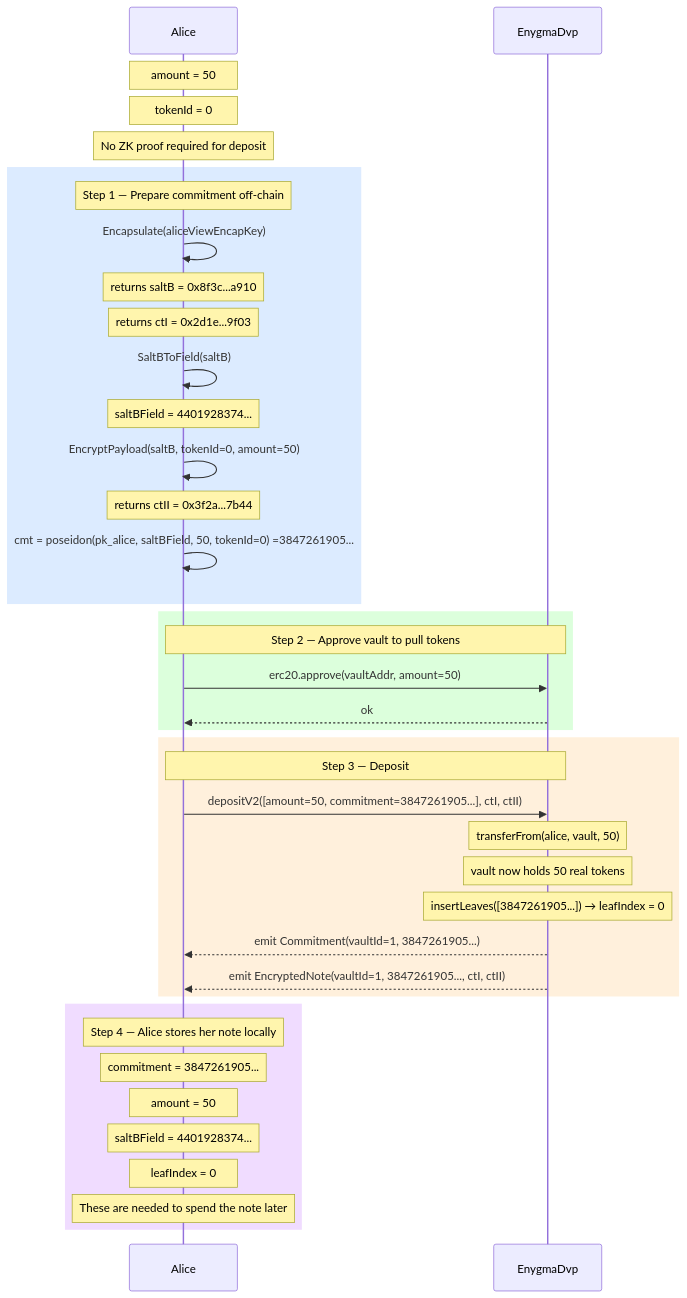
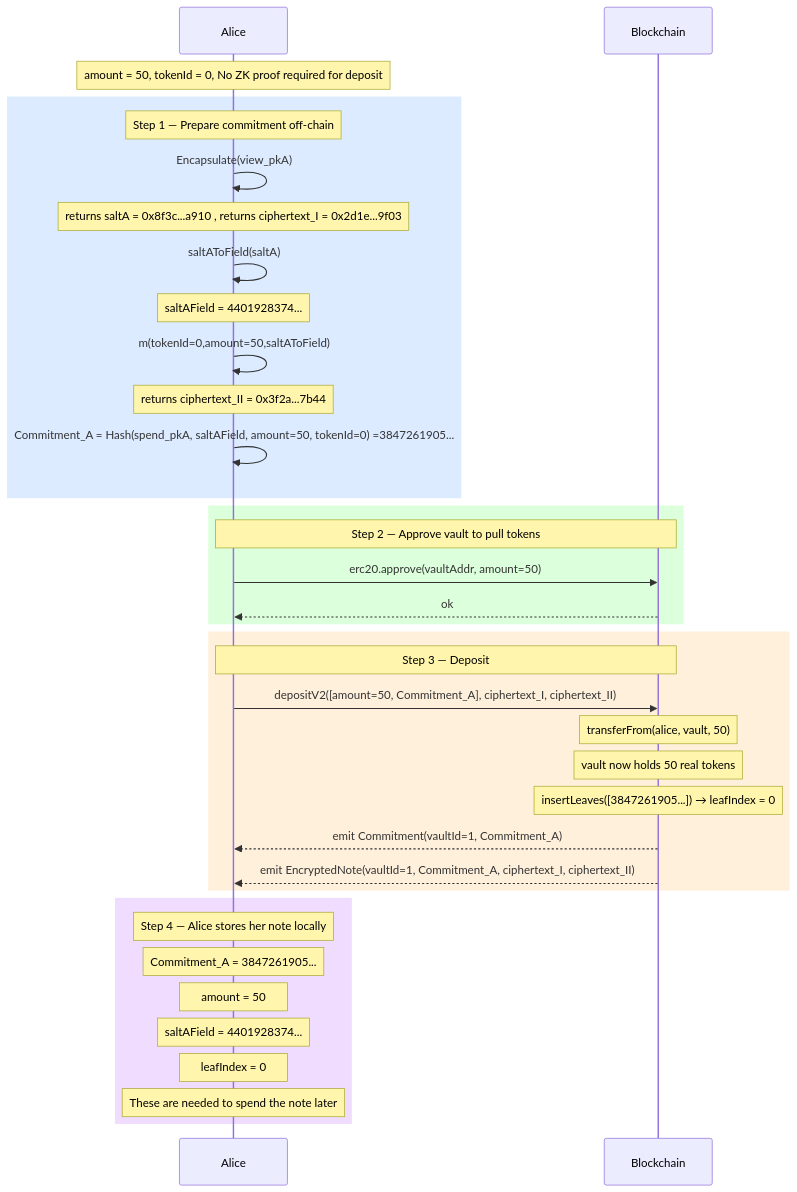
One commit to yaksetig/Enygma changed the diagram in enygma_dvp/docs/flows/01_deposit.md. Above: the diagram before and after it, drawn with Mermaid. The commit also changed other lines of this file and 53 other files, not shown here.

````diff
--- a/enygma_dvp/docs/flows/01_deposit.md
+++ b/enygma_dvp/docs/flows/01_deposit.md
@@ -25,54 +25,52 @@
 ```mermaid
 sequenceDiagram
     participant Alice
-    participant DVP as EnygmaDvp
+    participant DVP as Blockchain
 
-    Note over Alice: amount = 50
-    Note over Alice: tokenId = 0
-    Note over Alice: No ZK proof required for deposit
+    Note over Alice: amount = 50, tokenId = 0, No ZK proof required for deposit
 
     rect rgb(220, 235, 255)
         Note over Alice: Step 1 — Prepare commitment off-chain
 
-        Alice->>Alice: Encapsulate(aliceViewEncapKey)
-        Note over Alice: returns saltB = 0x8f3c...a910
-        Note over Alice: returns ctI   = 0x2d1e...9f03
+        Alice->>Alice: Encapsulate(view_pkA)
+        Note over Alice: returns saltA = 0x8f3c...a910 , returns ciphertext_I   = 0x2d1e...9f03
 
-        Alice->>Alice: SaltBToField(saltB)
-        Note over Alice: saltBField = 4401928374...
 
-        Alice->>Alice: EncryptPayload(saltB, tokenId=0, amount=50)
-        Note over Alice: returns ctII = 0x3f2a...7b44
+        Alice->>Alice: saltAToField(saltA)
+        Note over Alice: saltAField = 4401928374...
 
-        Alice->>Alice: cmt = poseidon(pk_alice, saltBField, 50, tokenId=0) =3847261905...
+        Alice->>Alice: m(tokenId=0,amount=50,saltAToField)
+        Note over Alice: returns ciphertext_II = 0x3f2a...7b44
+
+        Alice->>Alice: Commitment_A = Hash(spend_pkA, saltAField, amount=50, tokenId=0) =3847261905...
 
     end
 
     rect rgb(220, 255, 220)
         Note over Alice,DVP: Step 2 — Approve vault to pull tokens
 
         Alice->>DVP: erc20.approve(vaultAddr, amount=50)
         DVP-->>Alice: ok
     end
 
     rect rgb(255, 240, 220)
         Note over Alice,DVP: Step 3 — Deposit
 
-        Alice->>DVP: depositV2([amount=50, commitment=3847261905...], ctI, ctII)
+        Alice->>DVP: depositV2([amount=50, Commitment_A], ciphertext_I, ciphertext_II)
         Note over DVP: transferFrom(alice, vault, 50)
         Note over DVP: vault now holds 50 real tokens
         Note over DVP: insertLeaves([3847261905...]) → leafIndex = 0
 
-        DVP-->>Alice: emit Commitment(vaultId=1, 3847261905...)
-        DVP-->>Alice: emit EncryptedNote(vaultId=1, 3847261905..., ctI, ctII)
+        DVP-->>Alice: emit Commitment(vaultId=1, Commitment_A)
+        DVP-->>Alice: emit EncryptedNote(vaultId=1, Commitment_A, ciphertext_I, ciphertext_II)
     end
 
     rect rgb(240, 220, 255)
         Note over Alice: Step 4 — Alice stores her note locally
-        Note over Alice: commitment = 3847261905...
+        Note over Alice: Commitment_A = 3847261905...
         Note over Alice: amount     = 50
-        Note over Alice: saltBField = 4401928374...
+        Note over Alice: saltAField = 4401928374...
         Note over Alice: leafIndex  = 0
         Note over Alice: These are needed to spend the note later
     end
 ```
````
